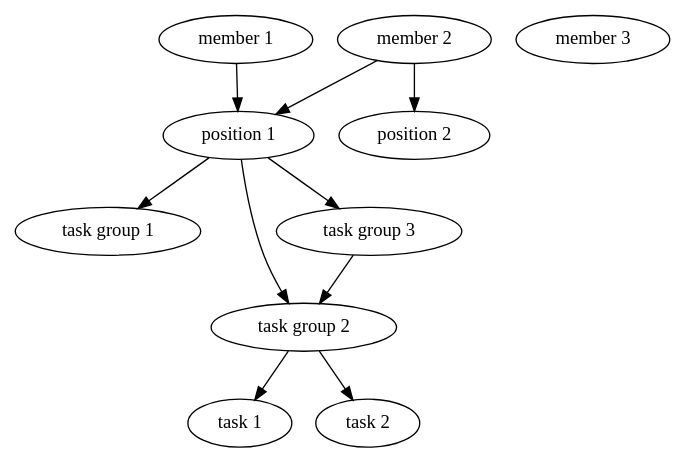
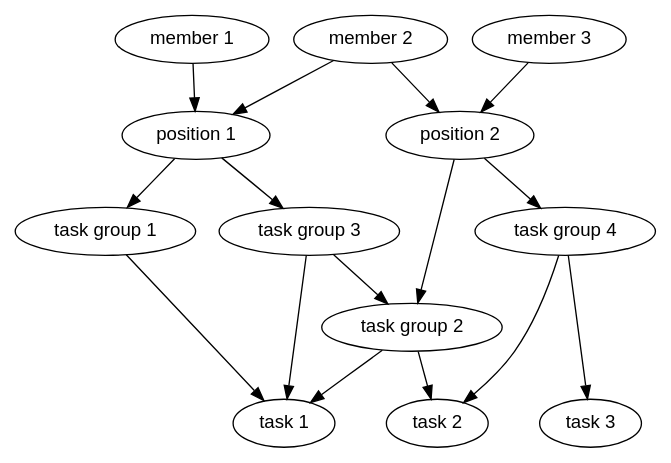
The diagram in docs/leadership-task-admin-guide.rst (louking/members), drawn with Graphviz before and after one commit. The commit also changed other lines of this file and 36 other files, not shown here.

```diff
--- a/docs/leadership-task-admin-guide.rst
+++ b/docs/leadership-task-admin-guide.rst
@@ -15,14 +32,26 @@
 .. graphviz::
 
    digraph records {
+        graph [fontname = "helvetica"];
+        node [fontname = "helvetica"];
+        edge [fontname = "helvetica"];
         "member 1" -> "position 1";
         "member 2" -> "position 1";
         "member 2" -> "position 2";
-        "member 3";
+        "member 3" -> "position 2";
         "position 1" -> "task group 1";
-        "position 1" -> "task group 2";
         "position 1" -> "task group 3";
+        "position 2" -> "task group 2";
+        "position 2" -> "task group 4";
         "task group 3" -> "task group 2";
+        "task group 1" -> "task 1";
         "task group 2" -> "task 1";
         "task group 2" -> "task 2";
+        "task group 3" -> "task 1";
+        "task group 4" -> "task 2";
+        "task group 4" -> "task 3";
+        { rank=same; "member 1", "member 2", "member 3" };
+        { rank=same; "position 1", "position 2" };
+        { rank=same; "task group 1", "task group 3", "task group 4" };
+        { rank=same; "task 1", "task 2", "task 3" };
     }
```
